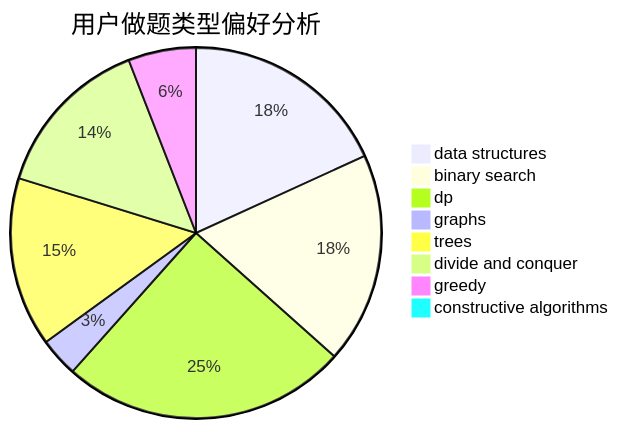
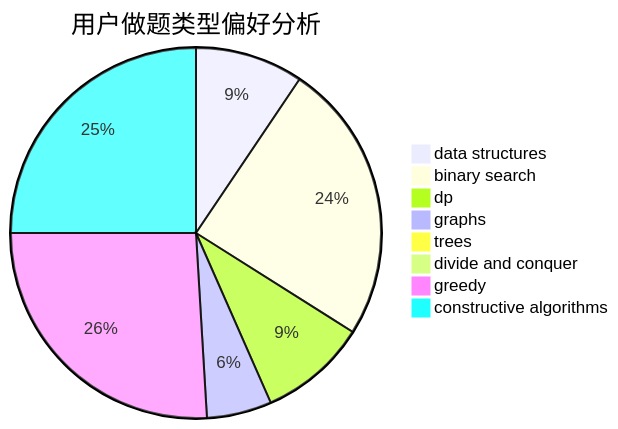
One commit to sherpahu/cfrs.github.io changed the second of 3 diagrams in docs/user/u136.md. Above: the diagram before and after it, drawn with Mermaid. The commit also changed other lines of this file and 2770 other files, not shown here.

````diff
--- a/docs/user/u136.md
+++ b/docs/user/u136.md
@@ -23,11 +23,11 @@
 ```mermaid
 pie title 用户做题类型偏好分析
-    "data structures" :  80
-    "binary search" :  81
-    "dp" :  110
-    "graphs" :  15
-    "trees" :  65
-    "divide and conquer" :  63
-    "greedy" :  26
-    "constructive algorithms" :  0
+    "data structures" :  60
+    "binary search" :  156
+    "dp" :  60
+    "graphs" :  36
+    "trees" :  4
+    "divide and conquer" :  1
+    "greedy" :  165
+    "constructive algorithms" :  159
 ```
````
